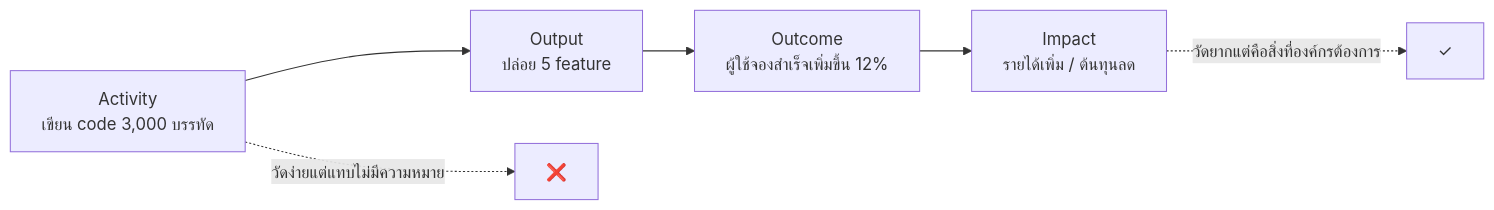
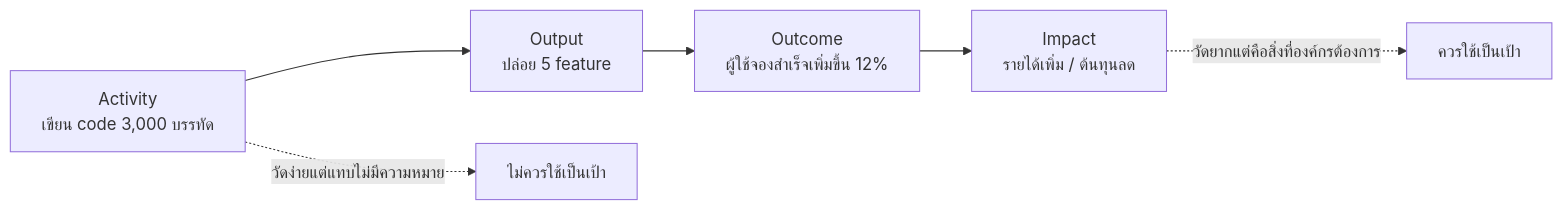
Before and after one commit to CE-SDPX/SDPX-AI: the sixth of 14 diagrams in readings/07-modern-software-engineer.md, drawn with Mermaid. The commit also changed other lines of this file and 6 other files, not shown here.

````diff
--- a/readings/07-modern-software-engineer.md
+++ b/readings/07-modern-software-engineer.md
@@ -155,9 +154,9 @@
 ```mermaid
 flowchart LR
     A["Activity<br/>เขียน code 3,000 บรรทัด"] --> O["Output<br/>ปล่อย 5 feature"]
     O --> OC["Outcome<br/>ผู้ใช้จองสำเร็จเพิ่มขึ้น 12%"]
     OC --> I["Impact<br/>รายได้เพิ่ม / ต้นทุนลด"]
 
-    A -.->|"วัดง่ายแต่แทบไม่มีความหมาย"| X["❌"]
-    I -.->|"วัดยากแต่คือสิ่งที่องค์กรต้องการ"| Y["✓"]
+    A -.->|"วัดง่ายแต่แทบไม่มีความหมาย"| X["ไม่ควรใช้เป็นเป้า"]
+    I -.->|"วัดยากแต่คือสิ่งที่องค์กรต้องการ"| Y["ควรใช้เป็นเป้า"]
 ```
````
